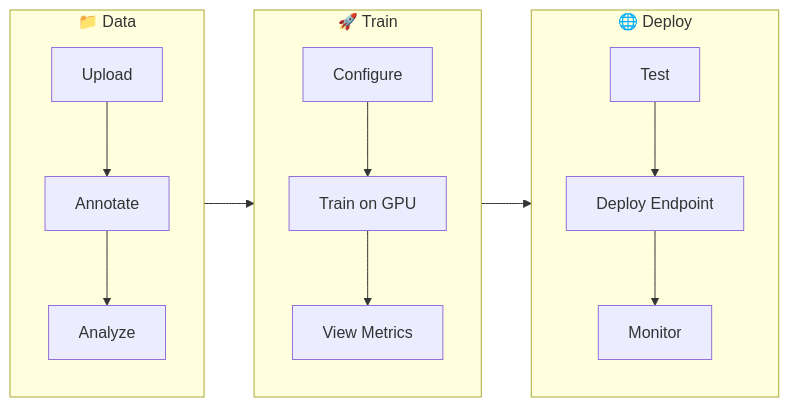
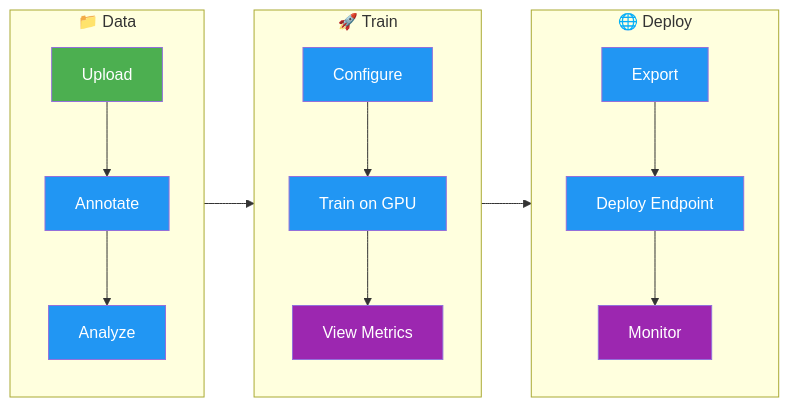
Before and after one commit to Dadalia1917/Yolo-RT-DETR-TrainCode: the first of 3 diagrams in ultralytics/docs/en/platform/index.md, drawn with Mermaid. The commit also changed other lines of this file and 1003 other files, not shown here.

````diff
--- a/ultralytics/docs/en/platform/index.md
+++ b/ultralytics/docs/en/platform/index.md
@@ -57,16 +22,20 @@
 ```mermaid
 graph LR
     subgraph Data["📁 Data"]
-        A[Upload] --> B[Annotate]
-        B --> C[Analyze]
+        A[Upload]:::start --> B[Annotate]:::proc
+        B --> C[Analyze]:::proc
     end
     subgraph Train["🚀 Train"]
-        D[Configure] --> E[Train on GPU]
-        E --> F[View Metrics]
+        D[Configure]:::proc --> E[Train on GPU]:::proc
+        E --> F[View Metrics]:::out
     end
     subgraph Deploy["🌐 Deploy"]
-        G[Test] --> H[Deploy Endpoint]
-        H --> I[Monitor]
+        G[Export]:::proc --> H[Deploy Endpoint]:::proc
+        H --> I[Monitor]:::out
     end
     Data --> Train --> Deploy
+
+    classDef start fill:#4CAF50,color:#fff
+    classDef proc fill:#2196F3,color:#fff
+    classDef out fill:#9C27B0,color:#fff
 ```
````
